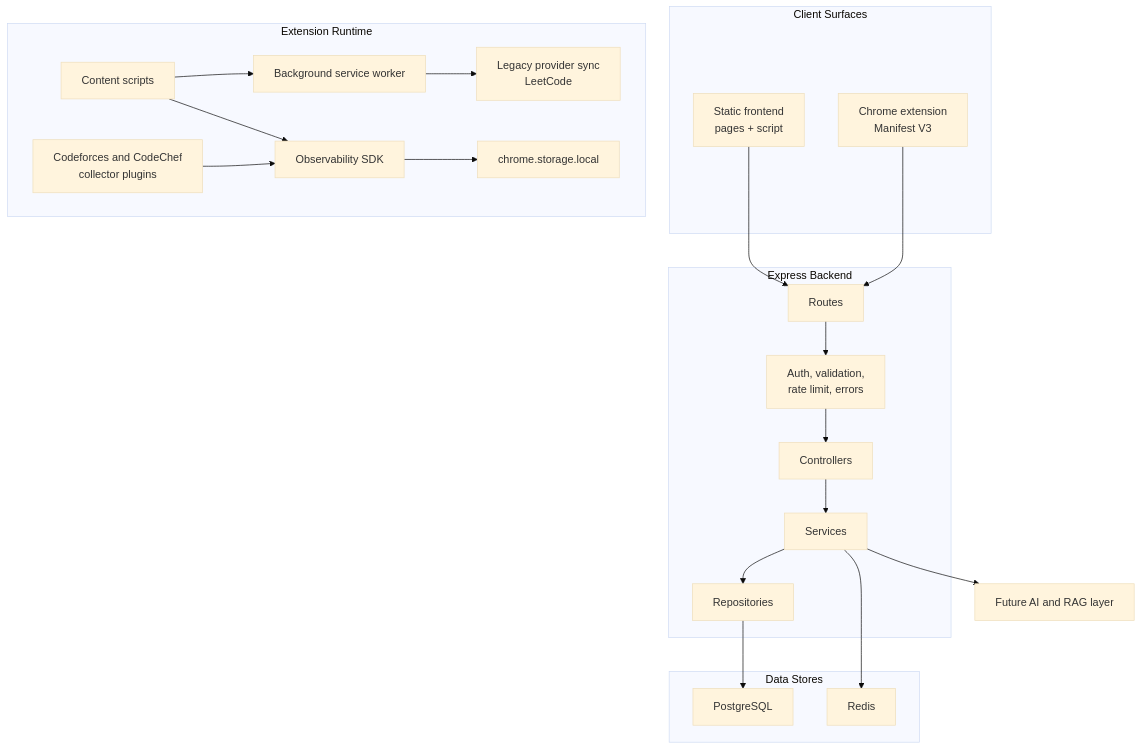
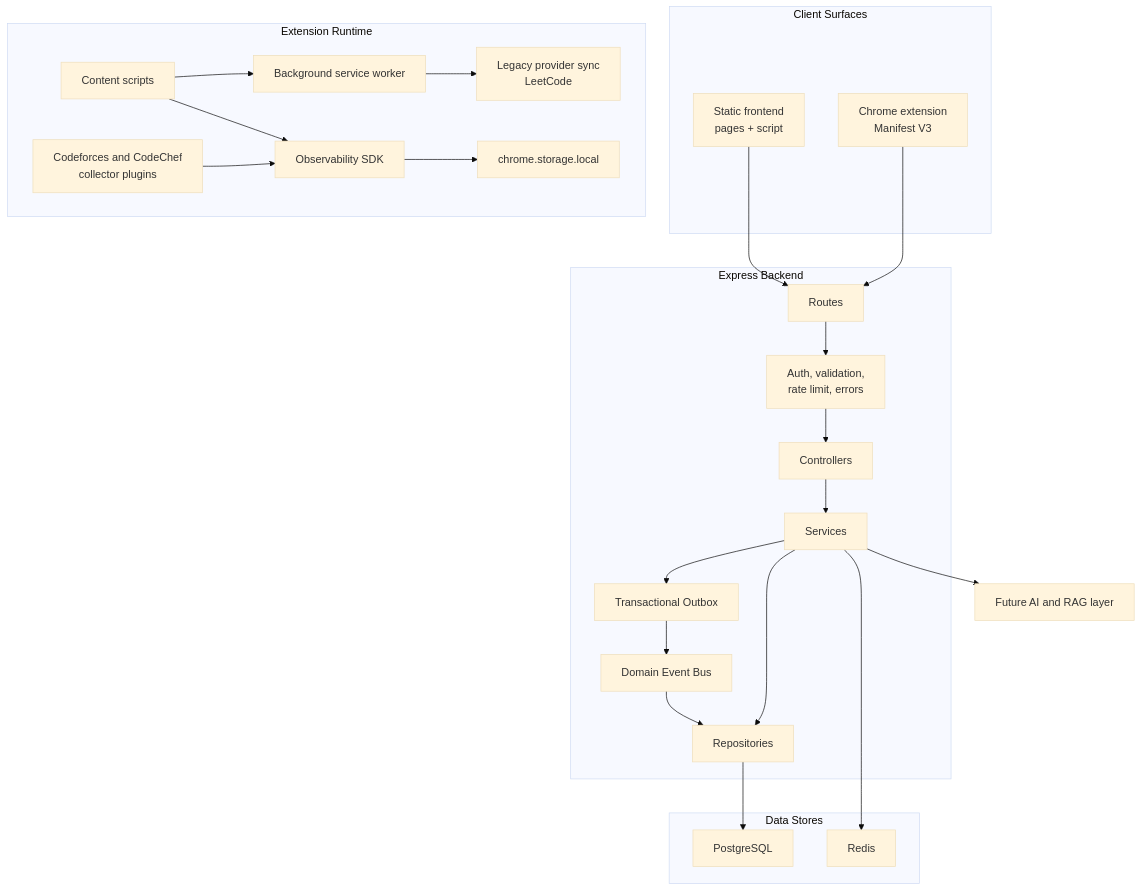
The first of 2 diagrams in docs/architecture/system-overview.md (Absosh/CPInsight), drawn with Mermaid (base theme) before and after one commit. The commit also changed other lines of this file and 30 other files, not shown here.

Commit message:
feat(events): add transactional outbox relay

````diff
--- a/docs/architecture/system-overview.md
+++ b/docs/architecture/system-overview.md
@@ -9,46 +9,51 @@
 ```mermaid
 flowchart TB
   subgraph Client["Client Surfaces"]
     Frontend["Static frontend\npages + script"]
     Extension["Chrome extension\nManifest V3"]
   end
 
   subgraph ExtensionRuntime["Extension Runtime"]
     SW["Background service worker"]
     Content["Content scripts"]
     Providers["Legacy provider sync\nLeetCode"]
     SDK["Observability SDK"]
     Collectors["Codeforces and CodeChef\ncollector plugins"]
     ChromeStorage["chrome.storage.local"]
   end
 
   subgraph API["Express Backend"]
     Routes["Routes"]
     Controllers["Controllers"]
     Services["Services"]
+    Outbox["Transactional Outbox"]
+    DomainBus["Domain Event Bus"]
     Repositories["Repositories"]
     Middleware["Auth, validation,\nrate limit, errors"]
   end
 
   subgraph Data["Data Stores"]
     Postgres["PostgreSQL"]
     Redis["Redis"]
   end
 
   FutureAI["Future AI and RAG layer"]
 
   Frontend --> Routes
   Extension --> Routes
   Content --> SW
   Content --> SDK
   Collectors --> SDK
   SDK --> ChromeStorage
   SW --> Providers
   Routes --> Middleware
   Middleware --> Controllers
   Controllers --> Services
+  Services --> Outbox
+  Outbox --> DomainBus
+  DomainBus --> Repositories
   Services --> Repositories
   Repositories --> Postgres
   Services --> Redis
   Services --> FutureAI
 ```
````
